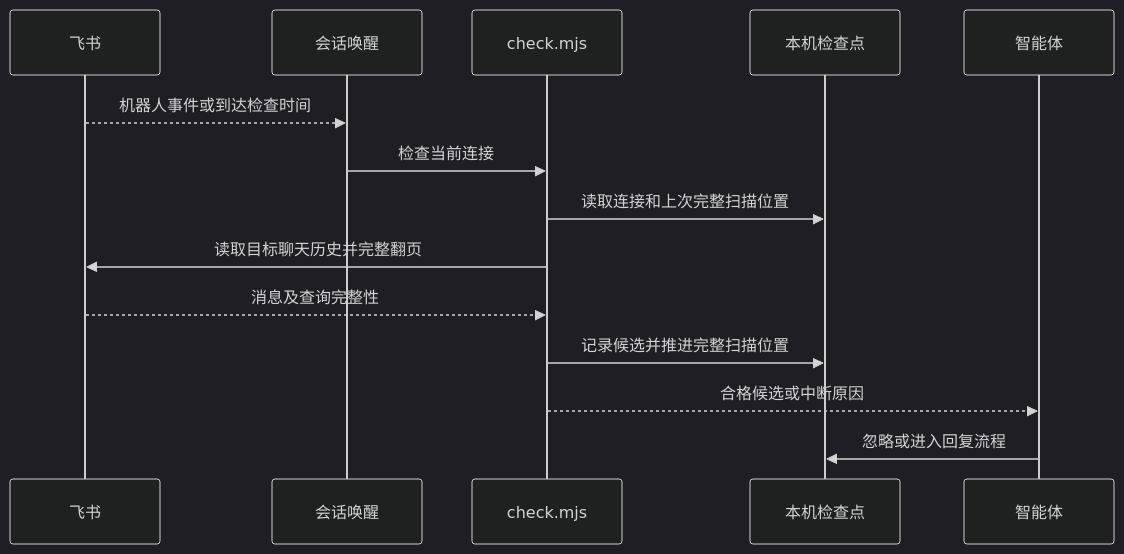
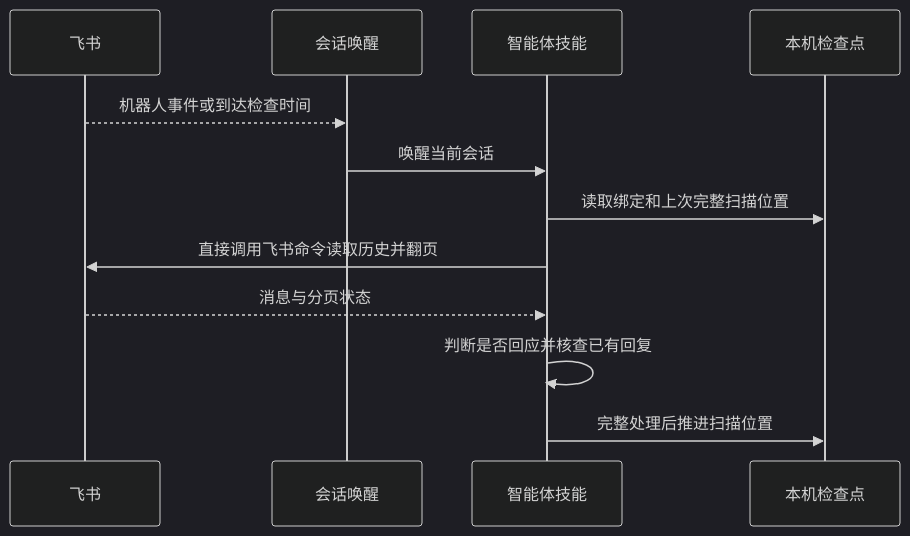
The third of 3 diagrams in docs/specs/lark-collaboration-simplification/arch_design.md (LingoPlayground/lark-connect), drawn with Mermaid (dark theme) before and after one commit. The commit also changed other lines of this file, not shown here.

Commit message:
docs(architecture): keep only session checkpoint helper

````diff
--- a/docs/specs/lark-collaboration-simplification/arch_design.md
+++ b/docs/specs/lark-collaboration-simplification/arch_design.md
@@ -192,16 +164,14 @@
 ```mermaid
 sequenceDiagram
   participant L as 飞书
   participant W as 会话唤醒
-  participant C as check.mjs
+  participant A as 智能体技能
   participant S as 本机检查点
-  participant A as 智能体
   L-->>W: 机器人事件或到达检查时间
-  W->>C: 检查当前连接
-  C->>S: 读取连接和上次完整扫描位置
-  C->>L: 读取目标聊天历史并完整翻页
-  L-->>C: 消息及查询完整性
-  C->>S: 记录候选并推进完整扫描位置
-  C-->>A: 合格候选或中断原因
-  A->>S: 忽略或进入回复流程
+  W->>A: 唤醒当前会话
+  A->>S: 读取绑定和上次完整扫描位置
+  A->>L: 直接调用飞书命令读取历史并翻页
+  L-->>A: 消息与分页状态
+  A->>A: 判断是否回应并核查已有回复
+  A->>S: 完整处理后推进扫描位置
 ```
````
